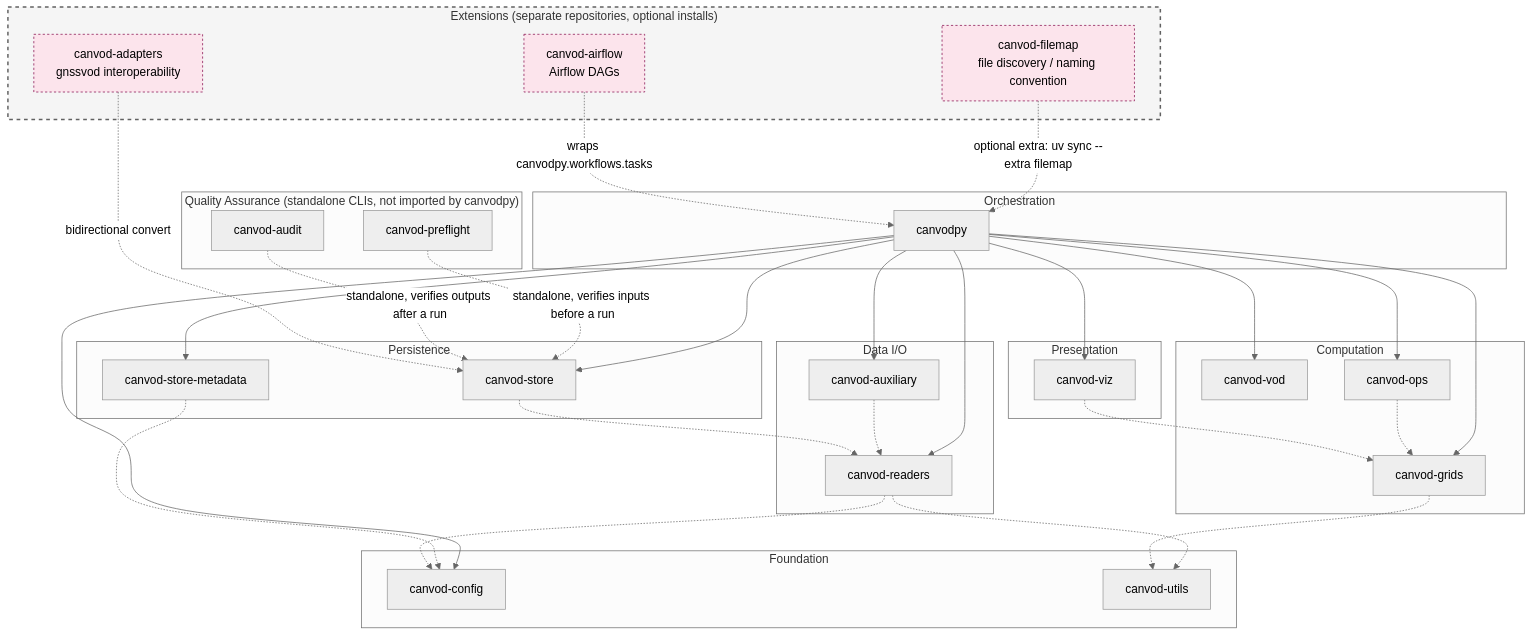
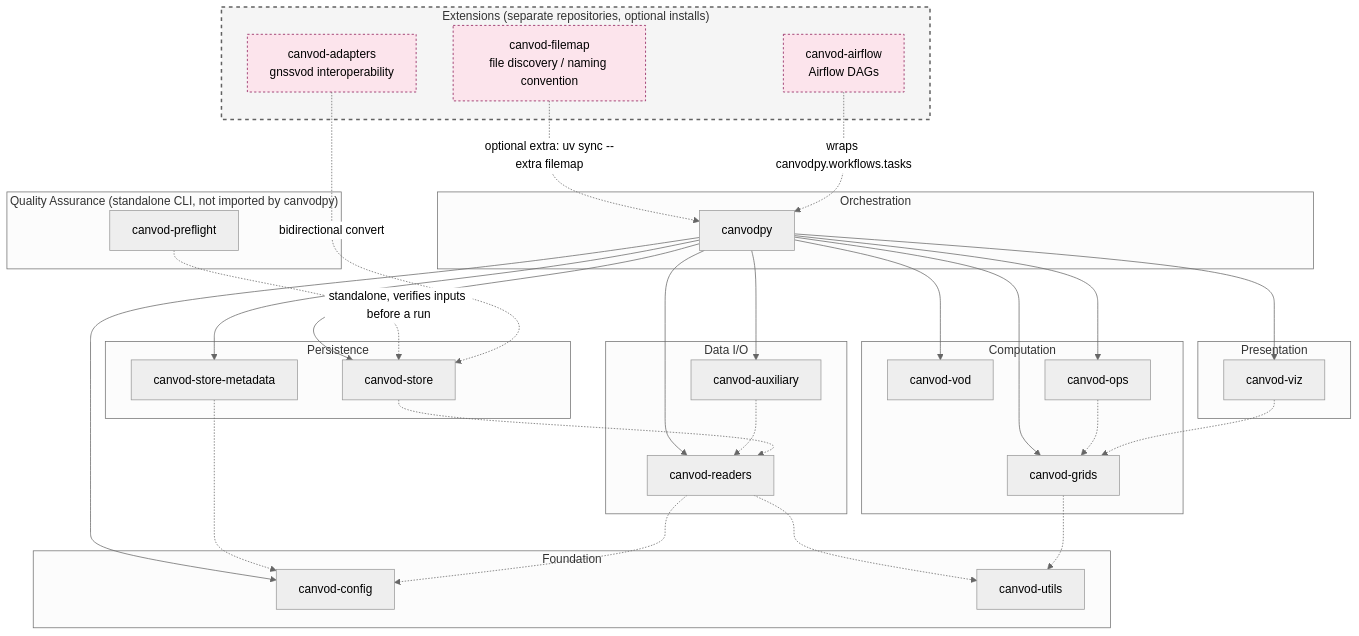
The diagram in docs/diagrams/paper_figs/06-software-architecture.mmd (nfb2021/canvodpy), drawn with Mermaid (neutral theme) before and after one commit. The commit also changed 84 other files, not shown here.

```diff
--- a/docs/diagrams/paper_figs/06-software-architecture.mmd
+++ b/docs/diagrams/paper_figs/06-software-architecture.mmd
@@ -1,64 +1,62 @@
 graph TD
     subgraph ORCHESTRATION["Orchestration"]
         CANVODPY["canvodpy"]
     end
 
     subgraph COMPUTE["Computation"]
         VOD["canvod-vod"]
         GRIDS["canvod-grids"]
         OPS["canvod-ops"]
     end
 
     subgraph STORE_LAYER["Persistence"]
         STORE["canvod-store"]
         STOREMETA["canvod-store-metadata"]
     end
 
     subgraph DATAIO["Data I/O"]
         READERS["canvod-readers"]
         AUX["canvod-auxiliary"]
     end
 
     subgraph PRESENT["Presentation"]
         VIZ["canvod-viz"]
     end
 
     subgraph FOUNDATION["Foundation"]
         CONFIG["canvod-config"]
         UTILS["canvod-utils"]
     end
 
-    subgraph VERIFY["Quality Assurance (standalone CLIs, not imported by canvodpy)"]
-        AUDIT["canvod-audit"]
+    subgraph VERIFY["Quality Assurance (standalone CLI, not imported by canvodpy)"]
         NAMING["canvod-preflight"]
     end
 
     subgraph EXTENSIONS["Extensions (separate repositories, optional installs)"]
         FILEMAP["canvod-filemap<br/>file discovery / naming convention"]
         ADAPTERS["canvod-adapters<br/>gnssvod interoperability"]
         AIRFLOW["canvod-airflow<br/>Airflow DAGs"]
     end
 
     CANVODPY --> READERS & AUX
     CANVODPY --> STORE & STOREMETA
     CANVODPY --> VOD & GRIDS & OPS & VIZ
     CANVODPY --> CONFIG
 
     OPS -.-> GRIDS
     VIZ -.-> GRIDS
     AUX -.-> READERS
     STORE -.-> READERS
     STOREMETA -.-> CONFIG
     NAMING -.->|standalone, verifies inputs before a run| STORE
-    AUDIT -.->|standalone, verifies outputs after a run| STORE
     READERS -.-> UTILS & CONFIG
     GRIDS -.-> UTILS
 
     FILEMAP -.->|optional extra: uv sync --extra filemap| CANVODPY
     ADAPTERS -.->|bidirectional convert| STORE
     AIRFLOW -.->|wraps canvodpy.workflows.tasks| CANVODPY
 
     style EXTENSIONS fill:#f5f5f5,stroke:#616161,stroke-width:2px,stroke-dasharray: 5 5
     style FILEMAP fill:#fce4ec,stroke:#880e4f,stroke-width:1px,stroke-dasharray: 3 3
     style ADAPTERS fill:#fce4ec,stroke:#880e4f,stroke-width:1px,stroke-dasharray: 3 3
     style AIRFLOW fill:#fce4ec,stroke:#880e4f,stroke-width:1px,stroke-dasharray: 3 3
```
